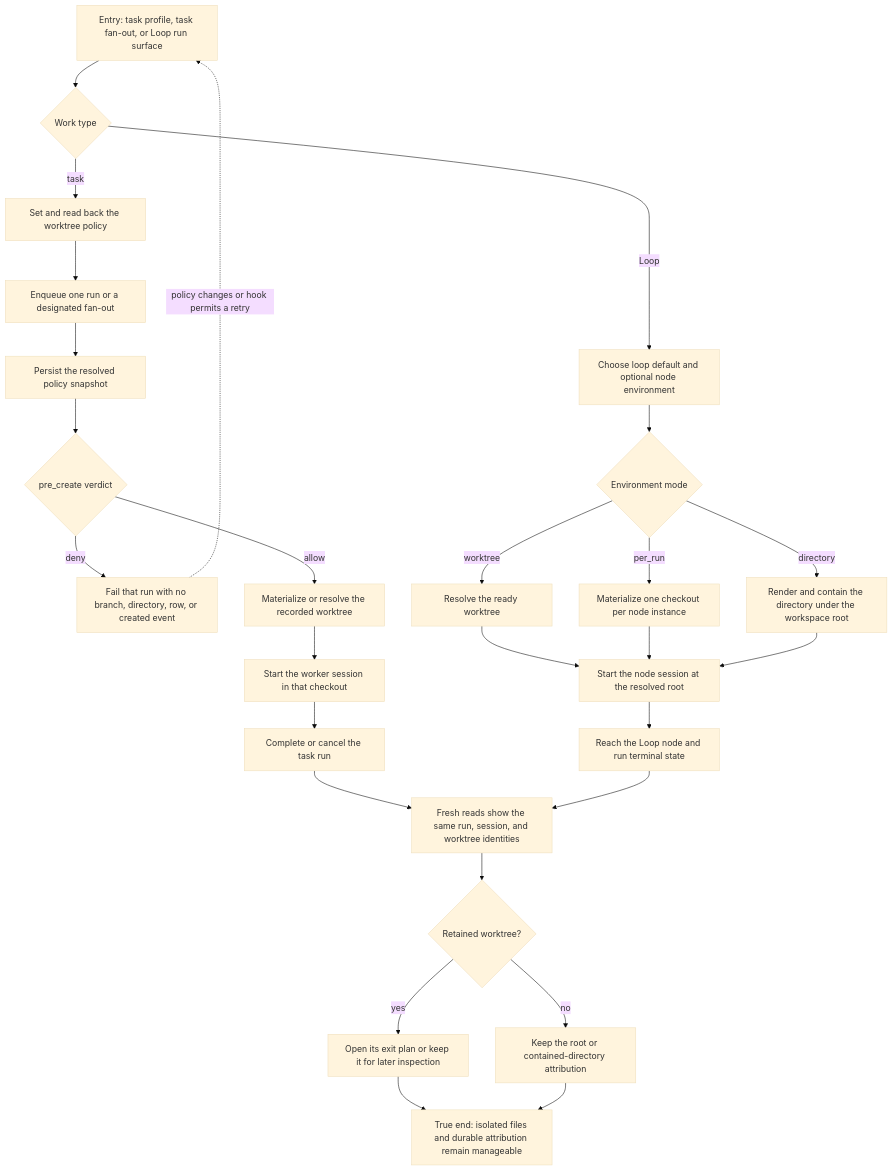
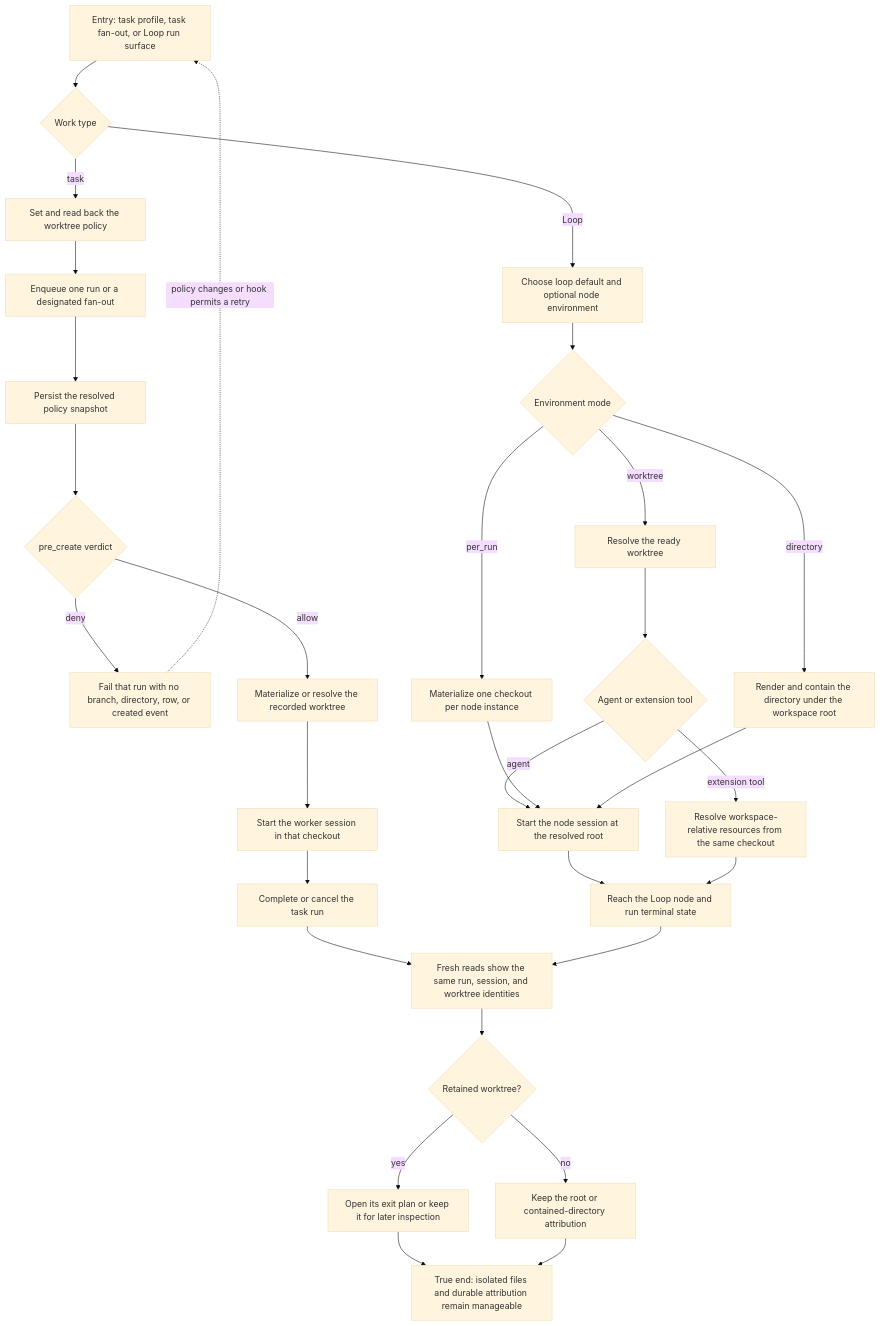
Before and after one commit to compozy/compozy: the diagram in docs/qa/journeys/J-isolated-task-loop-execution.md, drawn with Mermaid (base theme). The commit also changed other lines of this file and 36 other files, not shown here.

````diff
--- a/docs/qa/journeys/J-isolated-task-loop-execution.md
+++ b/docs/qa/journeys/J-isolated-task-loop-execution.md
@@ -8,29 +8,32 @@
 ```mermaid
 flowchart TD
     A[Entry: task profile, task fan-out, or Loop run surface] --> B{Work type}
     B -->|task| C[Set and read back the worktree policy]
     C --> D[Enqueue one run or a designated fan-out]
     D --> E[Persist the resolved policy snapshot]
     E --> F{pre_create verdict}
     F -->|deny| X1[Fail that run with no branch, directory, row, or created event]
     F -->|allow| G[Materialize or resolve the recorded worktree]
     G --> H[Start the worker session in that checkout]
     H --> I[Complete or cancel the task run]
     B -->|Loop| J[Choose loop default and optional node environment]
     J --> K{Environment mode}
     K -->|worktree| L[Resolve the ready worktree]
     K -->|per_run| M[Materialize one checkout per node instance]
     K -->|directory| N[Render and contain the directory under the workspace root]
-    L --> O[Start the node session at the resolved root]
+    L --> L1{Agent or extension tool}
+    L1 -->|agent| O[Start the node session at the resolved root]
+    L1 -->|extension tool| O1[Resolve workspace-relative resources from the same checkout]
     M --> O
     N --> O
     O --> P[Reach the Loop node and run terminal state]
+    O1 --> P
     I --> Q[Fresh reads show the same run, session, and worktree identities]
     P --> Q
     Q --> R{Retained worktree?}
     R -->|yes| S[Open its exit plan or keep it for later inspection]
     R -->|no| T[Keep the root or contained-directory attribution]
     S --> U[True end: isolated files and durable attribution remain manageable]
     T --> U
     X1 -.->|policy changes or hook permits a retry| A
 ```
````
